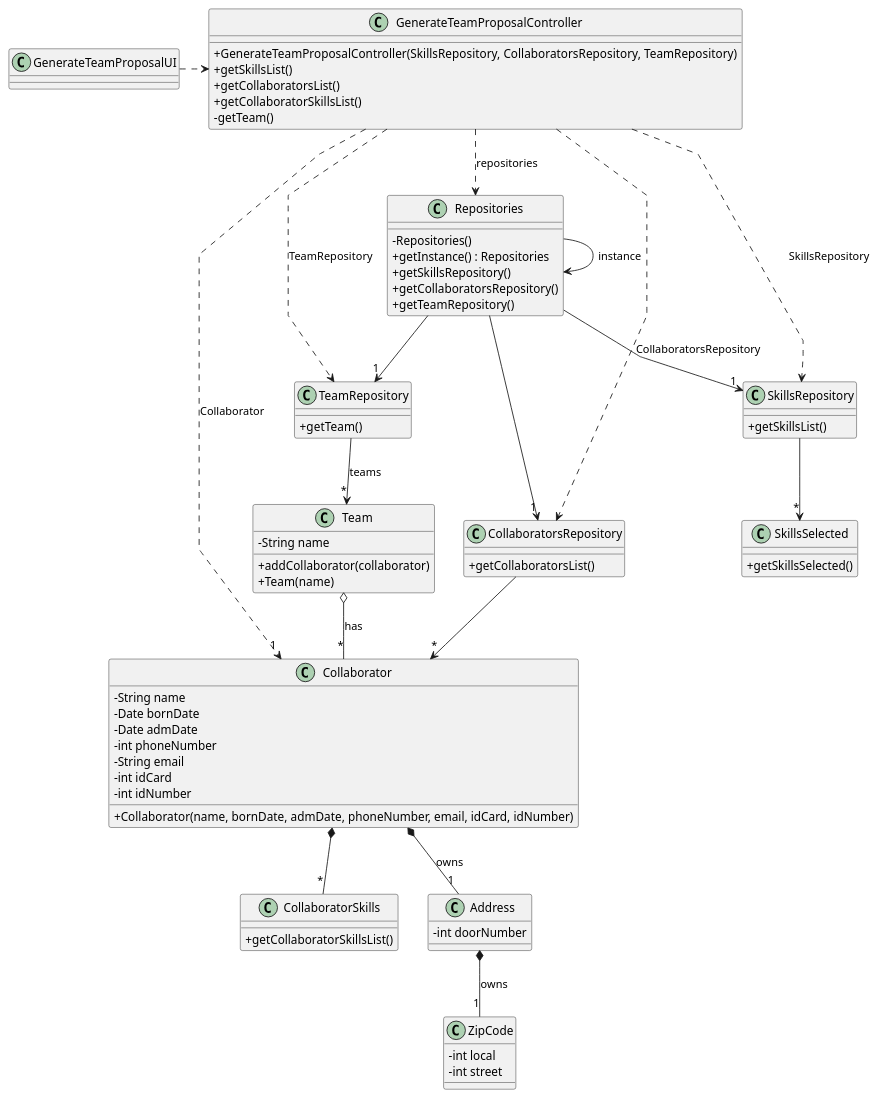
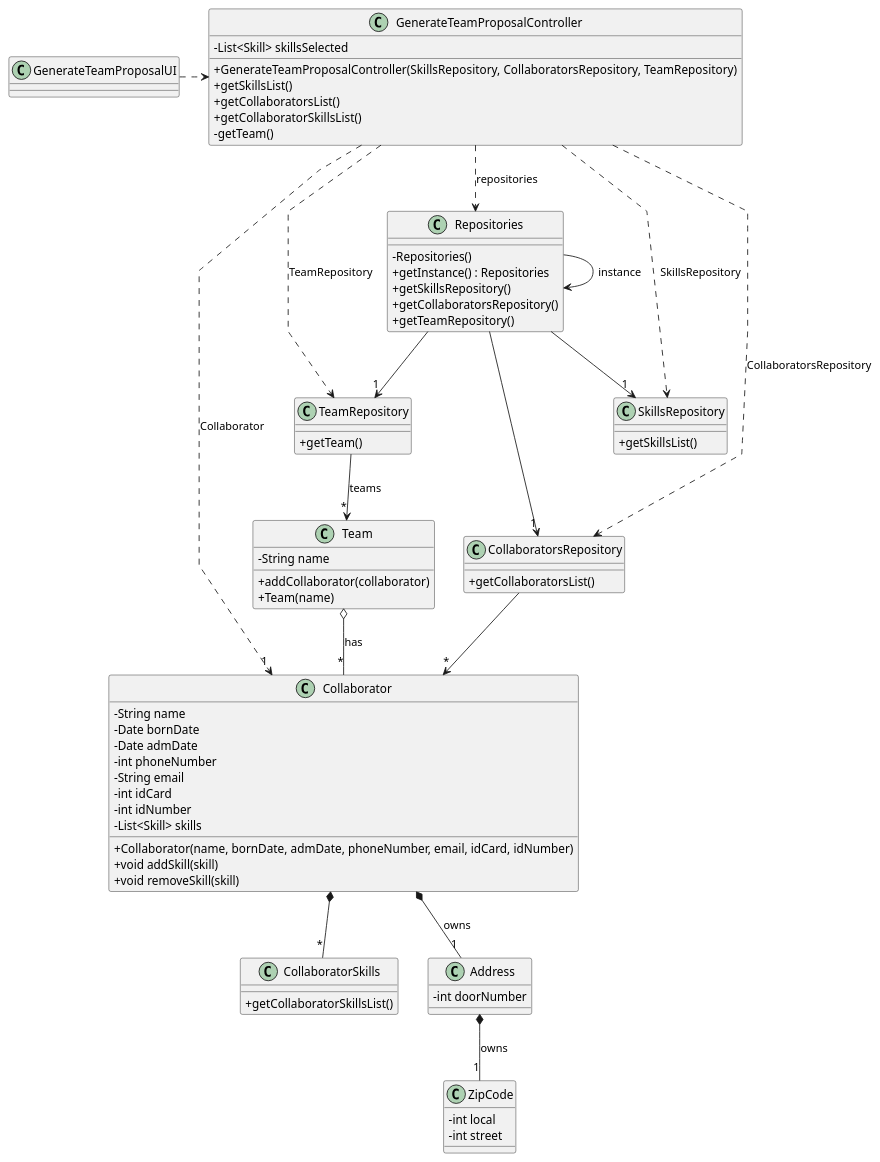
Before and after one commit to 1231360-ISEP/lei-24-s2-1db-g021: the diagram in docs/sprint2/us005/03.design/puml/us005-class-diagram.puml, drawn with PlantUML. The commit also changed 5 other files, not shown here.

Commit message:
Update US05 - Diagram Class and SD full and partial and SVG´s

```diff
--- a/docs/sprint2/us005/03.design/puml/us005-class-diagram.puml
+++ b/docs/sprint2/us005/03.design/puml/us005-class-diagram.puml
@@ -1,103 +1,101 @@
 @startuml
 skinparam packageStyle rectangle
 skinparam shadowing false
 skinparam linetype polyline
 
 skinparam classAttributeIconSize 0
 
 
 class GenerateTeamProposalUI {
 }
 
 class GenerateTeamProposalController {
+    - List<Skill> skillsSelected
     + GenerateTeamProposalController(SkillsRepository, CollaboratorsRepository, TeamRepository)
     + getSkillsList()
     + getCollaboratorsList()
     + getCollaboratorSkillsList()
     - getTeam()
 }
 
 class Collaborator {
     - String name
     - Date bornDate
     - Date admDate
     - int phoneNumber
     - String email
     - int idCard
     - int idNumber
+    - List<Skill> skills
 
     + Collaborator(name, bornDate, admDate, phoneNumber, email, idCard, idNumber)
+    + void addSkill(skill)
+    + void removeSkill(skill)
 }
 
 class Repositories {
     - Repositories()
     + getInstance() : Repositories
     + getSkillsRepository()
     + getCollaboratorsRepository()
     + getTeamRepository()
 }
 
 class CollaboratorsRepository {
     + getCollaboratorsList()
 }
 
 class CollaboratorSkills {
     + getCollaboratorSkillsList()
 }
 
 class SkillsRepository {
     + getSkillsList()
-}
-
-class SkillsSelected {
-    + getSkillsSelected()
 }
 
 class Address {
     - int doorNumber
 }
 
 class ZipCode {
     - int local
     - int street
 }
 
 class TeamRepository {
     + getTeam()
 }
 
 class Team {
     - String name
     + addCollaborator(collaborator)
     + Team(name)
 }
 
 
 Repositories -> Repositories : instance
 
 GenerateTeamProposalUI .> GenerateTeamProposalController
 
 Repositories --> "1" TeamRepository
 Repositories --> "1" CollaboratorsRepository
 Repositories --> "1" SkillsRepository
 
 GenerateTeamProposalController ...> CollaboratorsRepository: CollaboratorsRepository
 GenerateTeamProposalController ...> SkillsRepository: SkillsRepository
 GenerateTeamProposalController ...> TeamRepository : TeamRepository
 GenerateTeamProposalController .> Repositories : repositories
 GenerateTeamProposalController ...> "1" Collaborator : Collaborator
 
 TeamRepository --> "*" Team : teams
 Team o-- "*" Collaborator : has
 
-SkillsRepository --> "*" SkillsSelected
-
 CollaboratorsRepository --> "*" Collaborator
 
 Collaborator *-- "1" Address : owns
 Address *-- "1" ZipCode : owns
 
 Collaborator *-- "*" CollaboratorSkills
 
 
 @enduml
```
